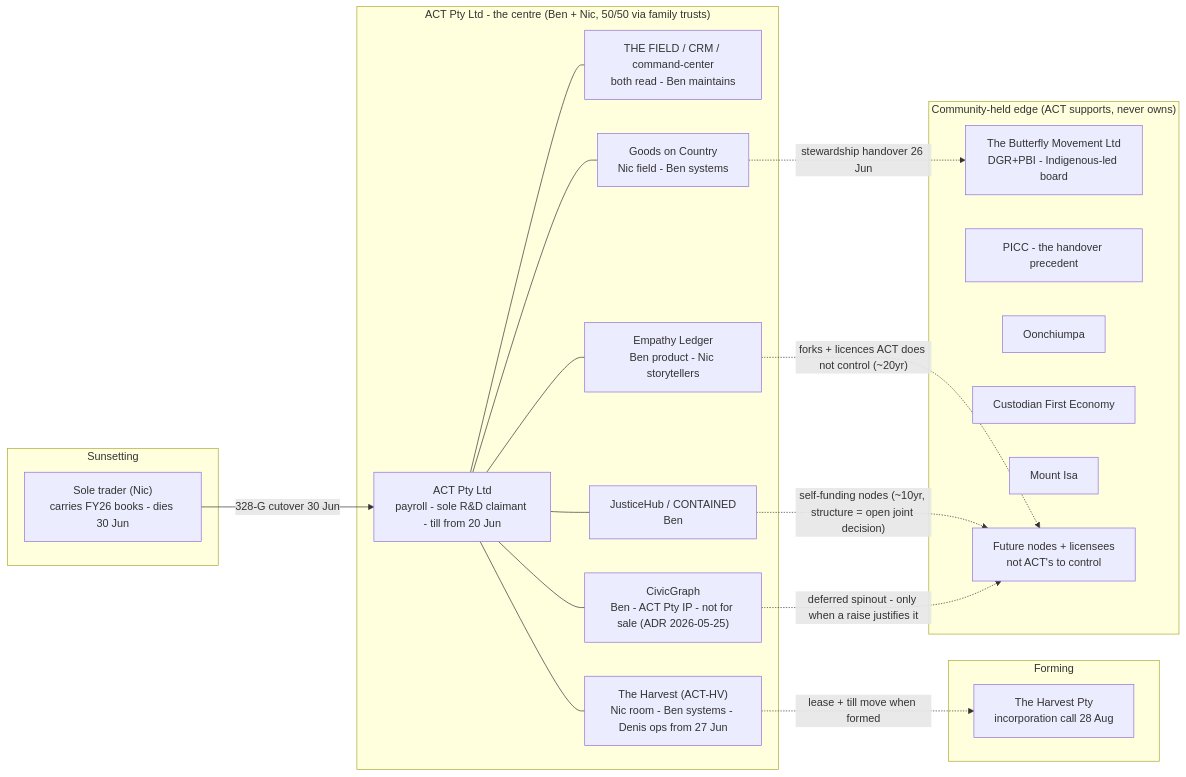
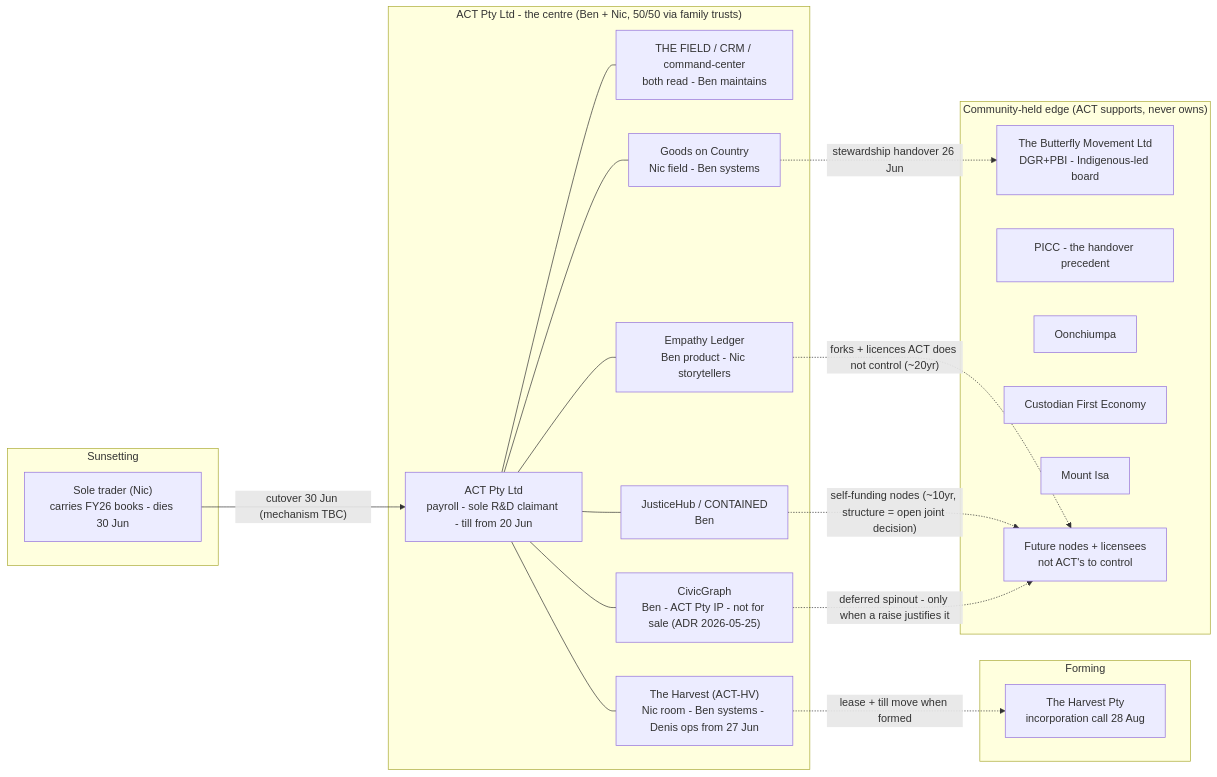
One commit to Acurioustractor/act-global-infrastructure changed the first of 7 diagrams in wiki/concepts/the-whole-picture-diagrams.md. Above: the diagram before and after it, drawn with Mermaid. The commit also changed 5 other files, not shown here.

````diff
--- a/wiki/concepts/the-whole-picture-diagrams.md
+++ b/wiki/concepts/the-whole-picture-diagrams.md
@@ -21,38 +21,38 @@
 ```mermaid
 flowchart LR
   subgraph SUNSET["Sunsetting"]
     ST["Sole trader (Nic)<br/>carries FY26 books - dies 30 Jun"]
   end
   subgraph CORE["ACT Pty Ltd - the centre (Ben + Nic, 50/50 via family trusts)"]
     PTY["ACT Pty Ltd<br/>payroll - sole R&D claimant - till from 20 Jun"]
     FIELD["THE FIELD / CRM / command-center<br/>both read - Ben maintains"]
     EL["Empathy Ledger<br/>Ben product - Nic storytellers"]
     JH["JusticeHub / CONTAINED<br/>Ben"]
     CG["CivicGraph<br/>Ben - ACT Pty IP - not for sale (ADR 2026-05-25)"]
     HV["The Harvest (ACT-HV)<br/>Nic room - Ben systems - Denis ops from 27 Jun"]
     GD["Goods on Country<br/>Nic field - Ben systems"]
   end
   subgraph FORM["Forming"]
     HVP["The Harvest Pty<br/>incorporation call 28 Aug"]
   end
   subgraph EDGE["Community-held edge (ACT supports, never owns)"]
     BFLY["The Butterfly Movement Ltd<br/>DGR+PBI - Indigenous-led board"]
     PICC["PICC - the handover precedent"]
     OO["Oonchiumpa"]
     CFE["Custodian First Economy"]
     MI["Mount Isa"]
     BEYOND["Future nodes + licensees<br/>not ACT's to control"]
   end
-  ST -->|"328-G cutover 30 Jun"| PTY
+  ST -->|"cutover 30 Jun (mechanism TBC)"| PTY
   PTY --- EL
   PTY --- JH
   PTY --- CG
   PTY --- FIELD
   PTY --- HV
   PTY --- GD
   GD -.->|"stewardship handover 26 Jun"| BFLY
   HV -.->|"lease + till move when formed"| HVP
   EL -.->|"forks + licences ACT does not control (~20yr)"| BEYOND
   JH -.->|"self-funding nodes (~10yr, structure = open joint decision)"| BEYOND
   CG -.->|"deferred spinout - only when a raise justifies it"| BEYOND
 ```
````
